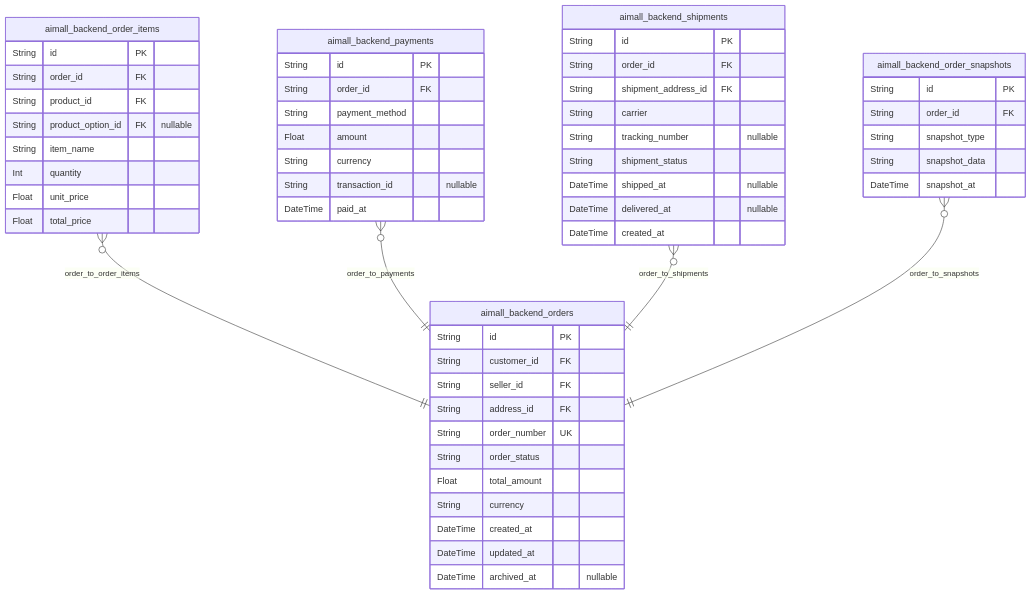
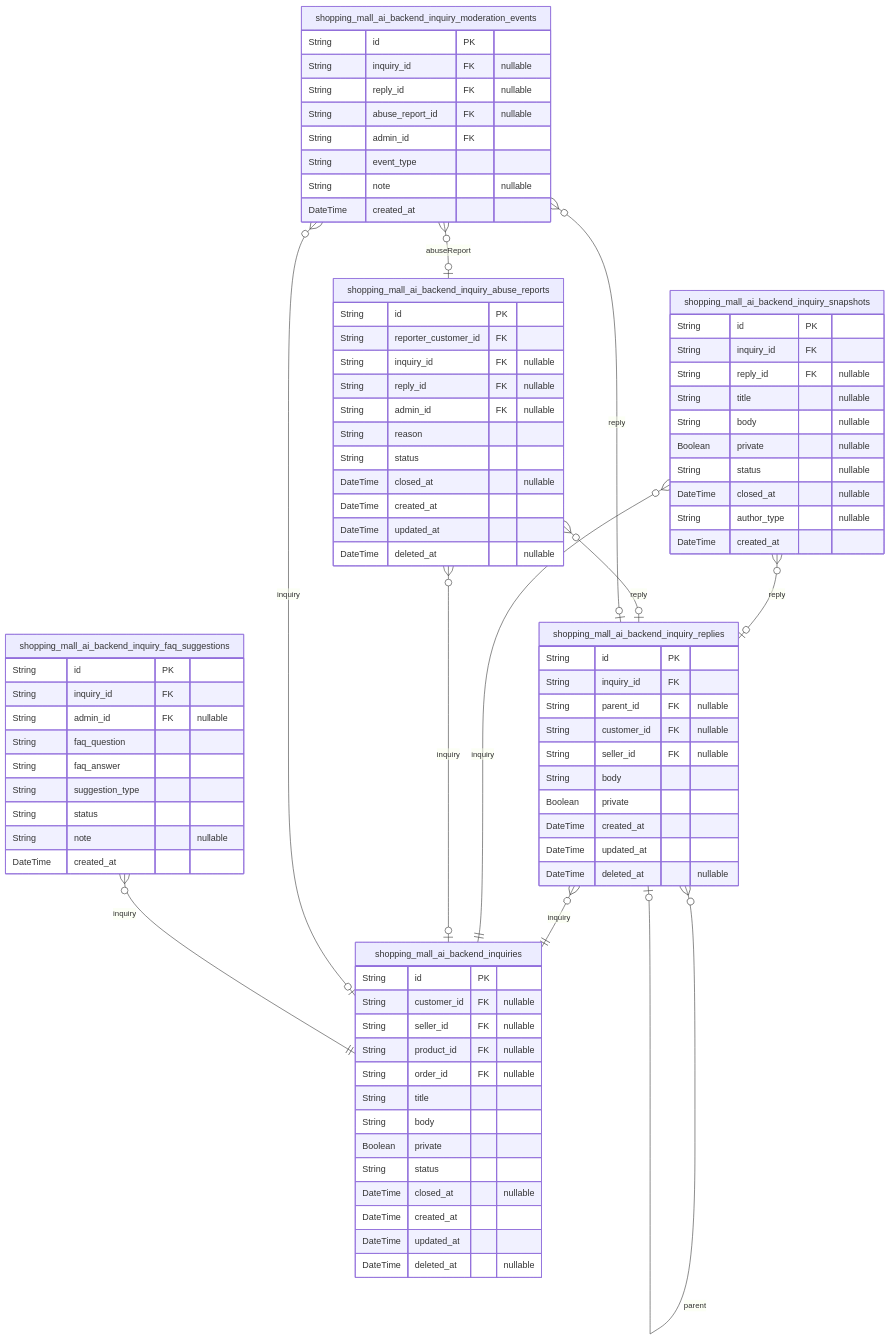
One commit to wrtnlabs/autobe-example-shopping-openai-gpt-4.1 changed the eighth of 10 diagrams in docs/ERD.md. Above: the diagram before and after it, drawn with Mermaid. The commit also changed other lines of this file and 2899 other files, not shown here.

````diff
--- a/docs/ERD.md
+++ b/docs/ERD.md
@@ -642,57 +2287,86 @@
 ```mermaid
 erDiagram
-"aimall_backend_orders" {
+"shopping_mall_ai_backend_inquiries" {
   String id PK
-  String customer_id FK
-  String seller_id FK
-  String address_id FK
-  String order_number UK
-  String order_status
-  Float total_amount
-  String currency
+  String customer_id FK "nullable"
+  String seller_id FK "nullable"
+  String product_id FK "nullable"
+  String order_id FK "nullable"
+  String title
+  String body
+  Boolean private
+  String status
+  DateTime closed_at "nullable"
   DateTime created_at
   DateTime updated_at
-  DateTime archived_at "nullable"
+  DateTime deleted_at "nullable"
 }
-"aimall_backend_order_items" {
+"shopping_mall_ai_backend_inquiry_replies" {
   String id PK
-  String order_id FK
-  String product_id FK
-  String product_option_id FK "nullable"
-  String item_name
-  Int quantity
-  Float unit_price
-  Float total_price
+  String inquiry_id FK
+  String parent_id FK "nullable"
+  String customer_id FK "nullable"
+  String seller_id FK "nullable"
+  String body
+  Boolean private
+  DateTime created_at
+  DateTime updated_at
+  DateTime deleted_at "nullable"
 }
-"aimall_backend_payments" {
+"shopping_mall_ai_backend_inquiry_snapshots" {
   String id PK
-  String order_id FK
-  String payment_method
-  Float amount
-  String currency
-  String transaction_id "nullable"
-  DateTime paid_at
-}
-"aimall_backend_shipments" {
-  String id PK
-  String order_id FK
-  String shipment_address_id FK
-  String carrier
-  String tracking_number "nullable"
-  String shipment_status
-  DateTime shipped_at "nullable"
-  DateTime delivered_at "nullable"
+  String inquiry_id FK
+  String reply_id FK "nullable"
+  String title "nullable"
+  String body "nullable"
+  Boolean private "nullable"
+  String status "nullable"
+  DateTime closed_at "nullable"
+  String author_type "nullable"
   DateTime created_at
 }
-"aimall_backend_order_snapshots" {
+"shopping_mall_ai_backend_inquiry_abuse_reports" {
   String id PK
-  String order_id FK
-  String snapshot_type
-  String snapshot_data
-  DateTime snapshot_at
+  String reporter_customer_id FK
+  String inquiry_id FK "nullable"
+  String reply_id FK "nullable"
+  String admin_id FK "nullable"
+  String reason
+  String status
+  DateTime closed_at "nullable"
+  DateTime created_at
+  DateTime updated_at
+  DateTime deleted_at "nullable"
 }
-"aimall_backend_order_items" }o--|| "aimall_backend_orders" : order_to_order_items
-"aimall_backend_payments" }o--|| "aimall_backend_orders" : order_to_payments
-"aimall_backend_shipments" }o--|| "aimall_backend_orders" : order_to_shipments
-"aimall_backend_order_snapshots" }o--|| "aimall_backend_orders" : order_to_snapshots
+"shopping_mall_ai_backend_inquiry_moderation_events" {
+  String id PK
+  String inquiry_id FK "nullable"
+  String reply_id FK "nullable"
+  String abuse_report_id FK "nullable"
+  String admin_id FK
+  String event_type
+  String note "nullable"
+  DateTime created_at
+}
+"shopping_mall_ai_backend_inquiry_faq_suggestions" {
+  String id PK
+  String inquiry_id FK
+  String admin_id FK "nullable"
+  String faq_question
+  String faq_answer
+  String suggestion_type
+  String status
+  String note "nullable"
+  DateTime created_at
+}
+"shopping_mall_ai_backend_inquiry_replies" }o--|| "shopping_mall_ai_backend_inquiries" : inquiry
+"shopping_mall_ai_backend_inquiry_replies" }o--o| "shopping_mall_ai_backend_inquiry_replies" : parent
+"shopping_mall_ai_backend_inquiry_snapshots" }o--|| "shopping_mall_ai_backend_inquiries" : inquiry
+"shopping_mall_ai_backend_inquiry_snapshots" }o--o| "shopping_mall_ai_backend_inquiry_replies" : reply
+"shopping_mall_ai_backend_inquiry_abuse_reports" }o--o| "shopping_mall_ai_backend_inquiries" : inquiry
+"shopping_mall_ai_backend_inquiry_abuse_reports" }o--o| "shopping_mall_ai_backend_inquiry_replies" : reply
+"shopping_mall_ai_backend_inquiry_moderation_events" }o--o| "shopping_mall_ai_backend_inquiries" : inquiry
+"shopping_mall_ai_backend_inquiry_moderation_events" }o--o| "shopping_mall_ai_backend_inquiry_replies" : reply
+"shopping_mall_ai_backend_inquiry_moderation_events" }o--o| "shopping_mall_ai_backend_inquiry_abuse_reports" : abuseReport
+"shopping_mall_ai_backend_inquiry_faq_suggestions" }o--|| "shopping_mall_ai_backend_inquiries" : inquiry
 ```
````
